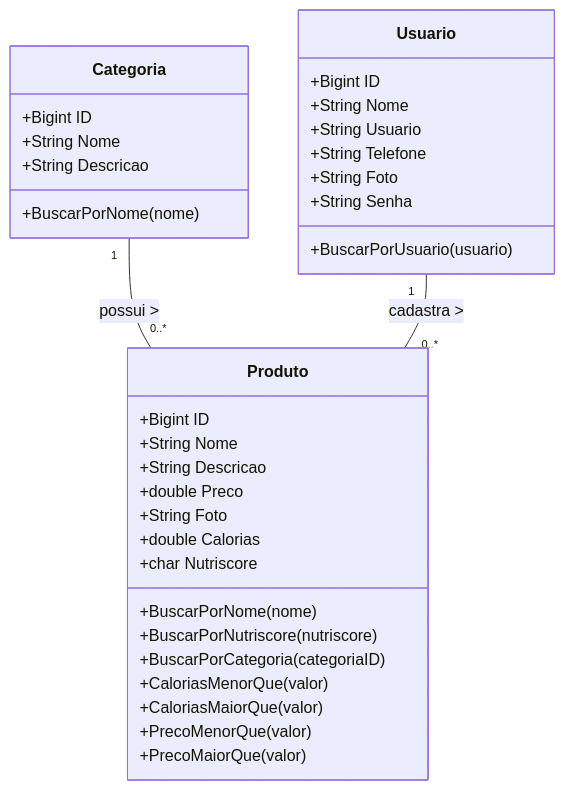
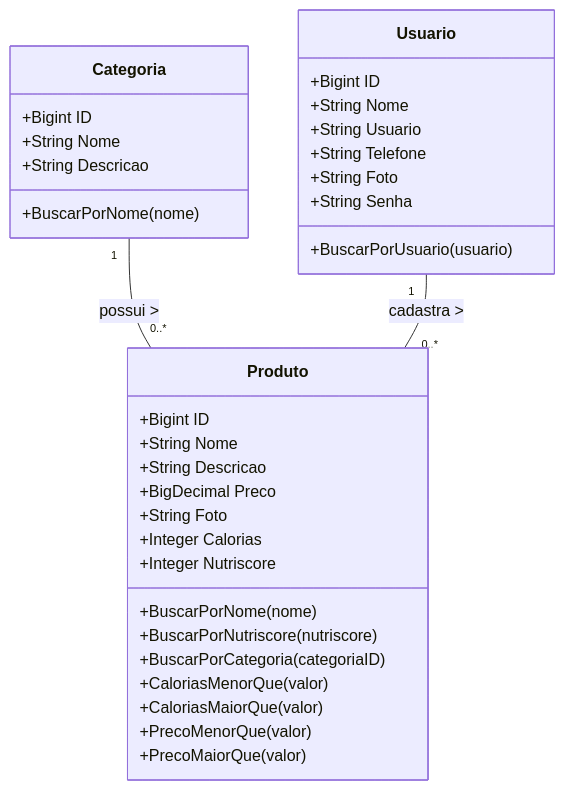
One commit to Grupo04TurmaJava82/delivery_spring changed the first of 2 diagrams in README.md. Above: the diagram before and after it, drawn with Mermaid.

Commit message:
Update Produtos README.md

````diff
--- a/README.md
+++ b/README.md
@@ -53,37 +53,37 @@
 ```mermaid
 classDiagram
     class Categoria {
         +Bigint ID
         +String Nome
         +String Descricao
         +BuscarPorNome(nome)
     }
     class Produto {
         +Bigint ID
         +String Nome
         +String Descricao
-        +double Preco
+        +BigDecimal Preco
         +String Foto
-        +double Calorias
-        +char Nutriscore
+        +Integer Calorias
+        +Integer Nutriscore
         +BuscarPorNome(nome)
         +BuscarPorNutriscore(nutriscore)
         +BuscarPorCategoria(categoriaID)
         +CaloriasMenorQue(valor)
         +CaloriasMaiorQue(valor)
         +PrecoMenorQue(valor)
         +PrecoMaiorQue(valor)
     }
     class Usuario {
         +Bigint ID
         +String Nome
         +String Usuario
         +String Telefone
         +String Foto
         +String Senha
         +BuscarPorUsuario(usuario)
     }
 
     Categoria "1" -- "0..*" Produto : possui >
     Usuario "1" -- "0..*" Produto : cadastra >
 ```
````
